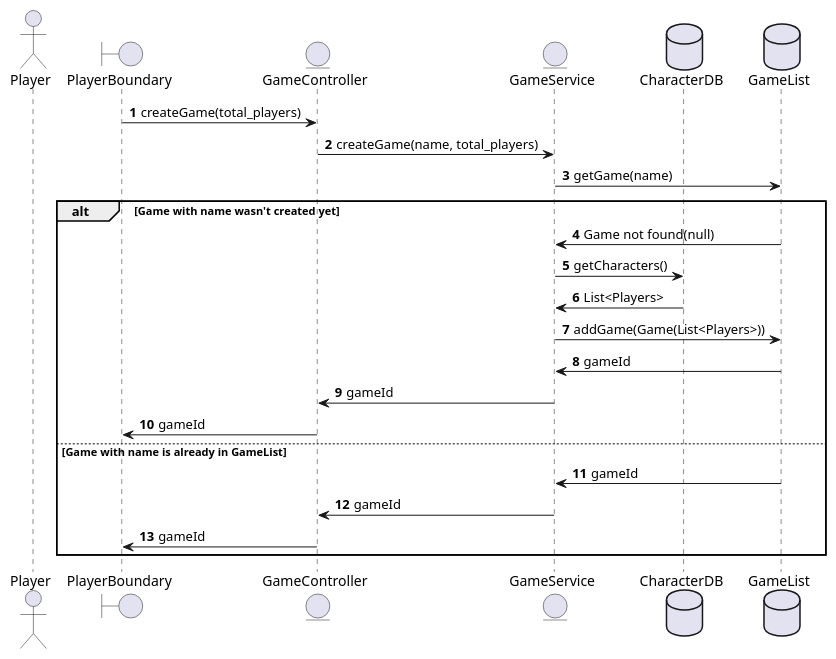
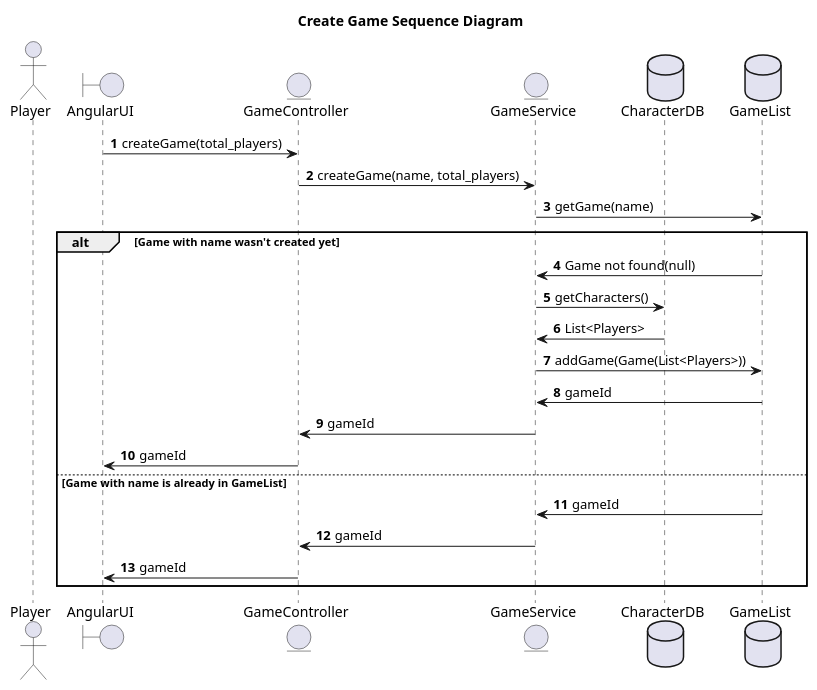
The diagram in clue-less-backend/create_game.puml (gurmsc5/Clue-Less), drawn with PlantUML before and after one commit. The commit also changed 6 other files, not shown here.

Commit message:
Added titles for all UML seq diagrams

```diff
--- a/clue-less-backend/create_game.puml
+++ b/clue-less-backend/create_game.puml
@@ -1,28 +1,31 @@
 @startuml
+
+title Create Game Sequence Diagram
+
 actor Player
-boundary PlayerBoundary
+boundary AngularUI
 autonumber
 entity GameController
 entity GameService
 
-PlayerBoundary -> GameController: createGame(total_players)
+AngularUI -> GameController: createGame(total_players)
 GameController -> GameService: createGame(name, total_players)
 database CharacterDB
 database GameList
 GameService -> GameList: getGame(name)
 
 alt Game with name wasn't created yet
     GameList -> GameService: Game not found(null)
     GameService -> CharacterDB: getCharacters()
     CharacterDB -> GameService: List<Players>
     GameService -> GameList: addGame(Game(List<Players>))
     GameList -> GameService: gameId
     GameService -> GameController: gameId
-    GameController -> PlayerBoundary: gameId
+    GameController -> AngularUI: gameId
 
 else Game with name is already in GameList
     GameList -> GameService: gameId
     GameService -> GameController: gameId
-    GameController -> PlayerBoundary: gameId
+    GameController -> AngularUI: gameId
 end
 @enduml
```
